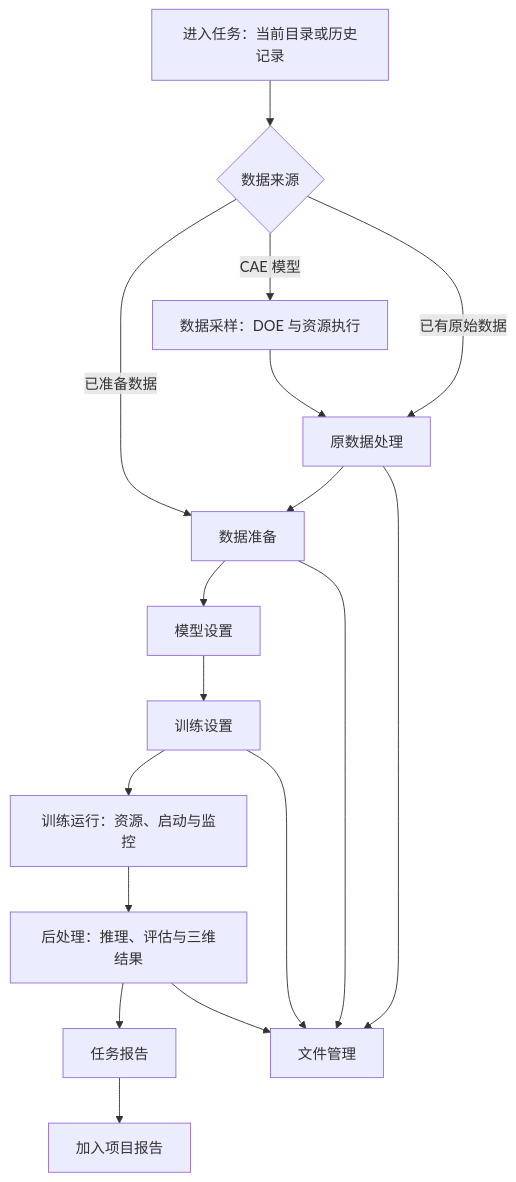
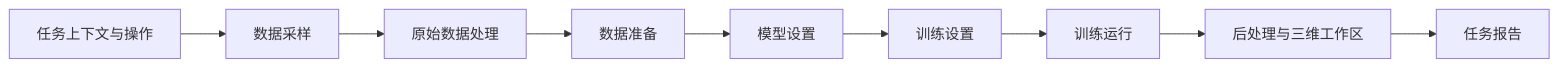
Before and after one commit to qweaxdzsc/AI4E_dojo: the third of 4 diagrams in docs/PRD/ai4e-web/src/PRD.md, drawn with Mermaid. The commit also changed other lines of this file and 522 other files, not shown here.

````diff
--- a/docs/PRD/ai4e-web/src/PRD.md
+++ b/docs/PRD/ai4e-web/src/PRD.md
@@ -195,19 +113,13 @@
 ```mermaid
-flowchart TD
-  T[进入任务：当前目录或历史记录] --> M{数据来源}
-  M -->|CAE 模型| S[数据采样：DOE 与资源执行]
-  M -->|已有原始数据| R[原数据处理]
-  S --> R
-  R --> P[数据准备]
-  M -->|已准备数据| P
-  P --> C[模型设置]
-  C --> E[训练设置]
-  E --> X[训练运行：资源、启动与监控]
-  X --> O[后处理：推理、评估与三维结果]
-  O --> G[任务报告]
-  G --> PR[加入项目报告]
-  R --> F[文件管理]
-  P --> F
-  E --> F
-  O --> F
+flowchart LR
+  N0[任务上下文与操作]
+  N1[数据采样]
+  N2[原始数据处理]
+  N3[数据准备]
+  N4[模型设置]
+  N5[训练设置]
+  N6[训练运行]
+  N7[后处理与三维工作区]
+  N8[任务报告]
+  N0 --> N1 --> N2 --> N3 --> N4 --> N5 --> N6 --> N7 --> N8
 ```
````
